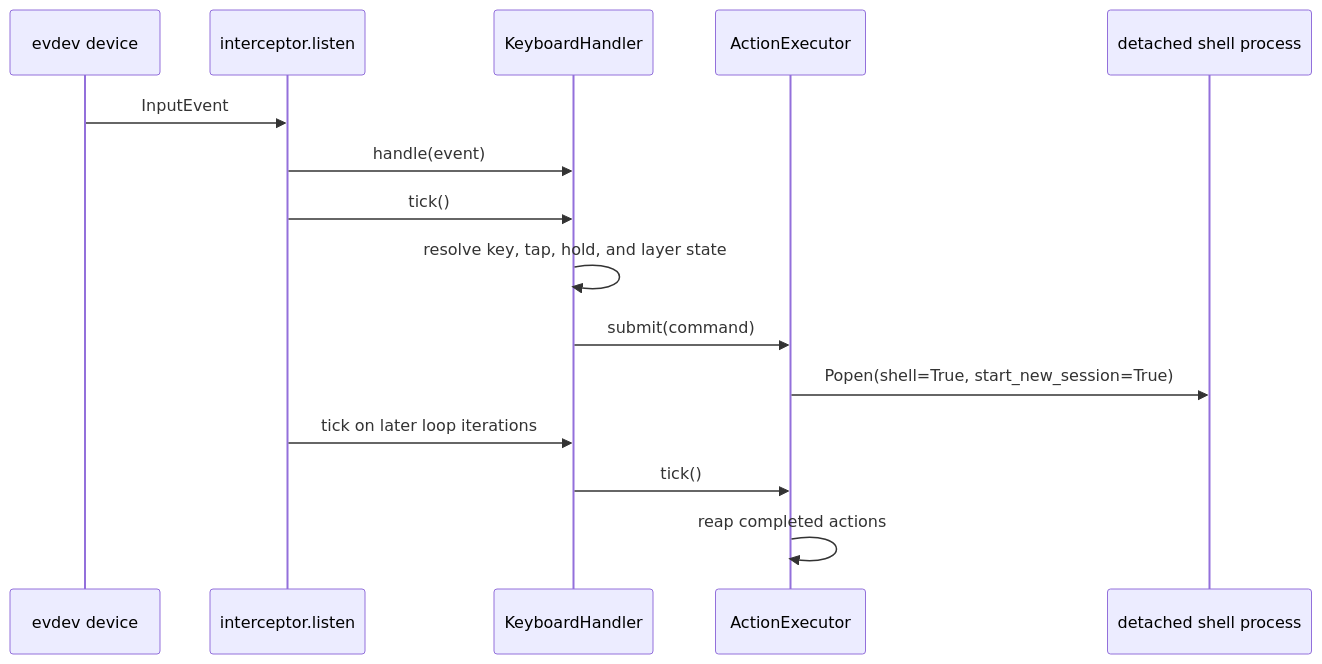
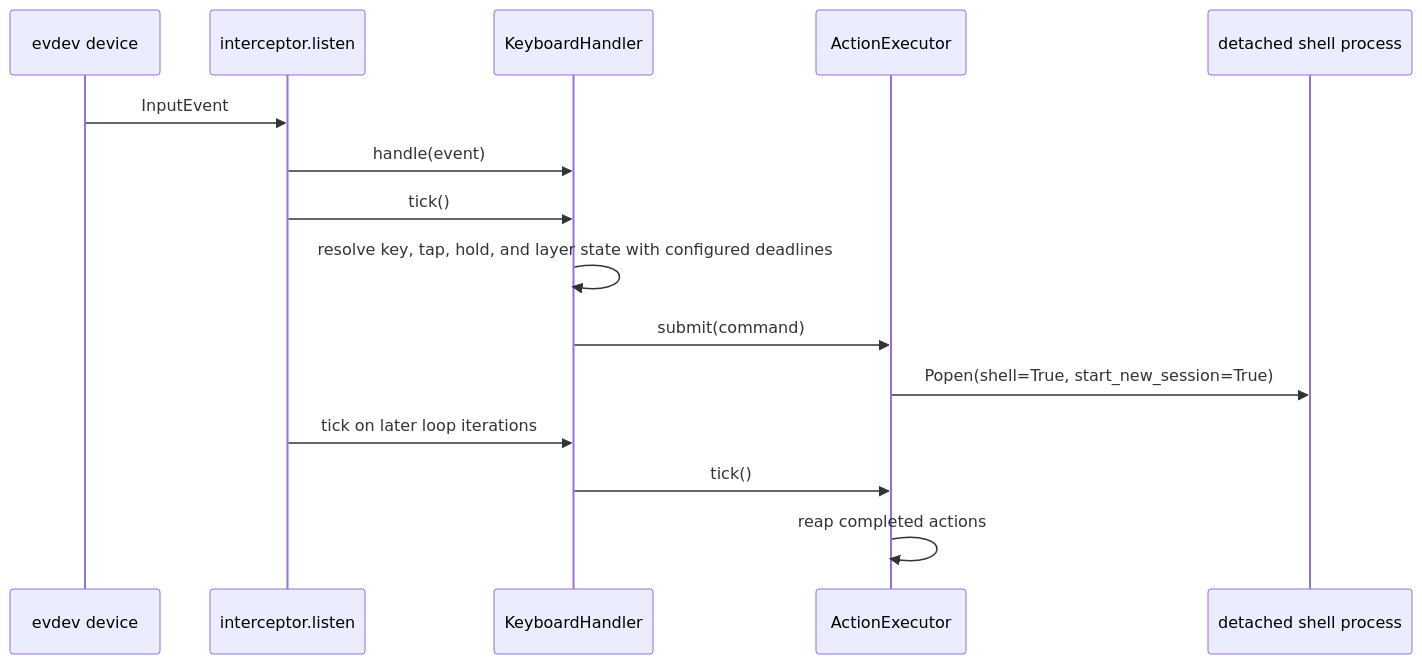
Before and after one commit to rafaelglikis/macropad: the second of 4 diagrams in src/macropad/README.md, drawn with Mermaid. The commit also changed other lines of this file and 7 other files, not shown here.

````diff
--- a/src/macropad/README.md
+++ b/src/macropad/README.md
@@ -195,18 +195,18 @@
 ```mermaid
 sequenceDiagram
     participant Device as evdev device
     participant Interceptor as interceptor.listen
     participant Handler as KeyboardHandler
     participant Executor as ActionExecutor
     participant Shell as detached shell process
 
     Device->>Interceptor: InputEvent
     Interceptor->>Handler: handle(event)
     Interceptor->>Handler: tick()
-    Handler->>Handler: resolve key, tap, hold, and layer state
+    Handler->>Handler: resolve key, tap, hold, and layer state with configured deadlines
     Handler->>Executor: submit(command)
     Executor->>Shell: Popen(shell=True, start_new_session=True)
     Interceptor->>Handler: tick on later loop iterations
     Handler->>Executor: tick()
     Executor->>Executor: reap completed actions
 ```
````
